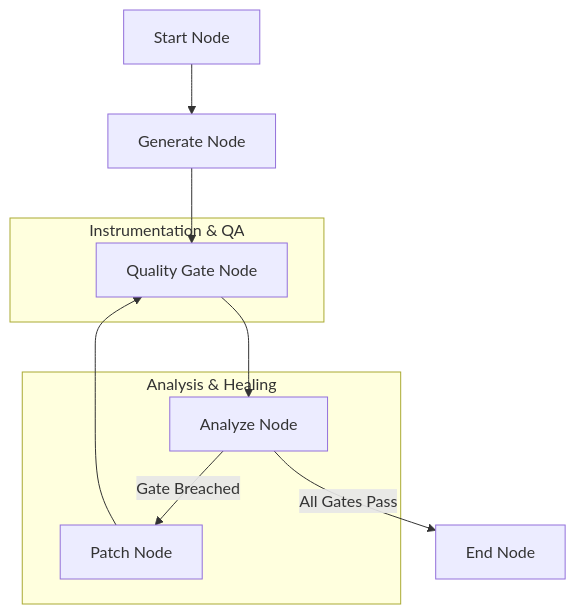
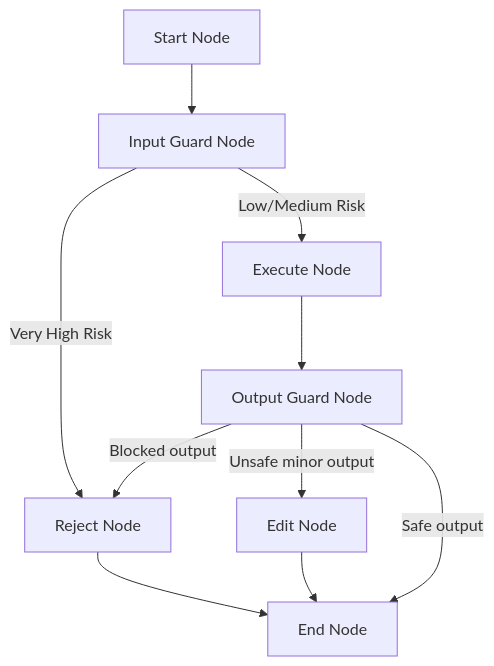
One commit to Adrian-patrick/agentic-ai-design-patterns changed the diagram in README.md. Above: the diagram before and after it, drawn with Mermaid. The commit also changed other lines of this file and 11 other files, not shown here.

````diff
--- a/README.md
+++ b/README.md
@@ -20,18 +23,12 @@
 ```mermaid
 graph TD
-    StartNode[Start Node] --> GenerateNode[Generate Node]
-    GenerateNode --> QualityGateNode[Quality Gate Node]
-    QualityGateNode --> AnalyzeNode[Analyze Node]
-    AnalyzeNode -->|Gate Breached| PatchNode[Patch Node]
-    PatchNode --> QualityGateNode
-    AnalyzeNode -->|All Gates Pass| EndNode[End Node]
-
-    subgraph "Instrumentation & QA"
-        QualityGateNode
-    end
-
-    subgraph "Analysis & Healing"
-        AnalyzeNode
-        PatchNode
-    end
+    StartNode[Start Node] --> InputGuardNode[Input Guard Node]
+    InputGuardNode -->|Very High Risk| RejectNode[Reject Node]
+    InputGuardNode -->|Low/Medium Risk| ExecuteNode[Execute Node]
+    ExecuteNode --> OutputGuardNode[Output Guard Node]
+    OutputGuardNode -->|Blocked output| RejectNode
+    OutputGuardNode -->|Unsafe minor output| EditNode[Edit Node]
+    OutputGuardNode -->|Safe output| EndNode[End Node]
+    EditNode --> EndNode
+    RejectNode --> EndNode
 ```
````
